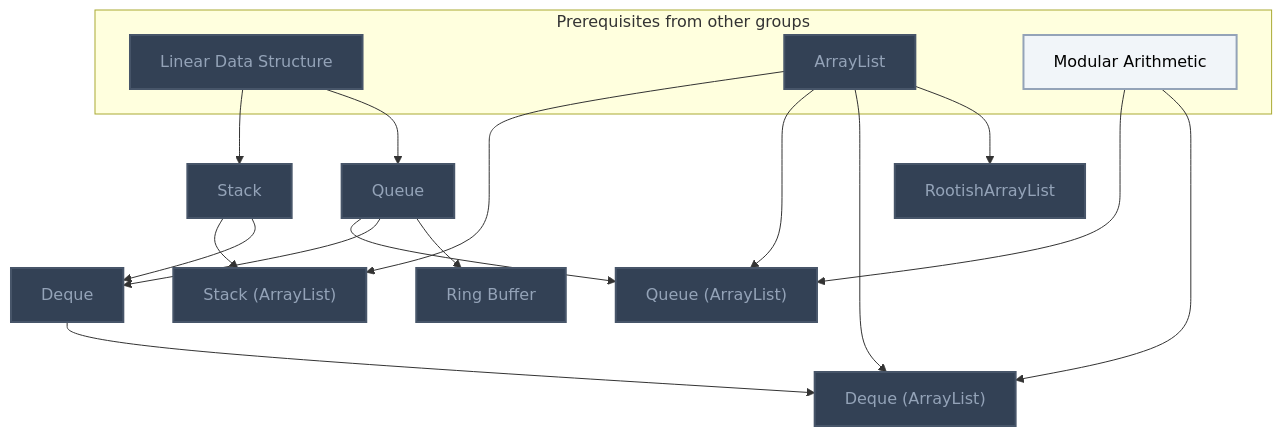
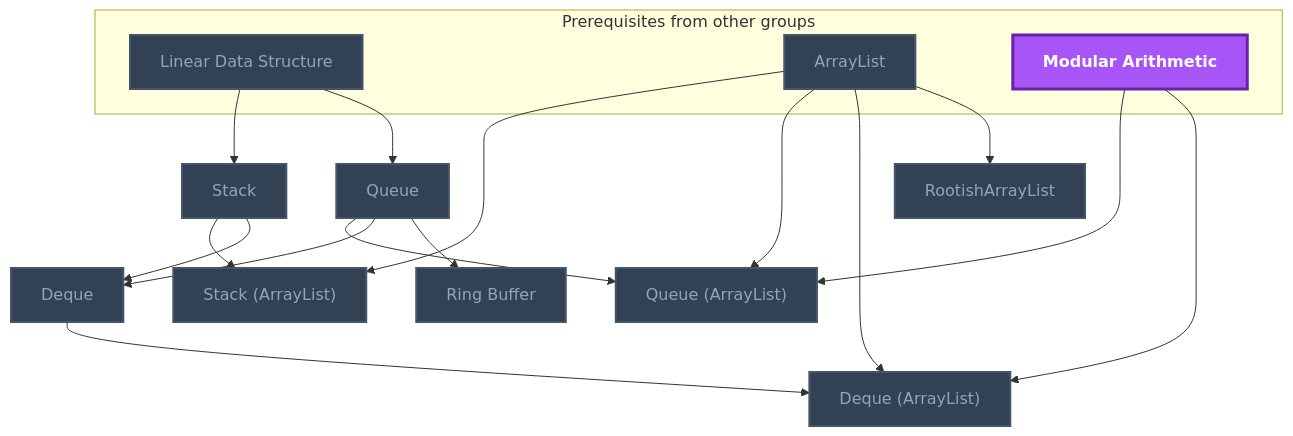
The fourth of 17 diagrams in Gamification/Skill Trees/Data Structures and Algorithms.md (MRauf1/My-Notes), drawn with Mermaid before and after one commit. The commit also changed other lines of this file and 145 other files, not shown here.

````diff
--- a/Gamification/Skill Trees/Data Structures and Algorithms.md
+++ b/Gamification/Skill Trees/Data Structures and Algorithms.md
@@ -125,42 +127,42 @@
 ```mermaid
 flowchart TD
     classDef planned fill:#1E293B,stroke:#64748B,stroke-width:2px,stroke-dasharray:5 5,color:#94A3B8;
     classDef locked fill:#334155,stroke:#475569,stroke-width:2px,color:#94A3B8;
     classDef L0 fill:#F1F5F9,stroke:#94A3B8,stroke-width:2px,color:#000000;
     classDef L1 fill:#22C55E,stroke:#15803D,stroke-width:2px,color:#000000;
     classDef L2 fill:#3B82F6,stroke:#1D4ED8,stroke-width:3px,color:#FFFFFF;
     classDef L3 fill:#A855F7,stroke:#6B21A8,stroke-width:3px,color:#FFFFFF,font-weight:bold;
     classDef L4 fill:#F97316,stroke:#C2410C,stroke-width:4px,color:#000000,font-weight:bold;
     classDef L5 fill:#FFD700,stroke:#FF8C00,stroke-width:5px,color:#000000,font-weight:bold;
     classDef rusty stroke:#8B4513,stroke-width:4px,stroke-dasharray:3 3;
     subgraph sg_prereqs["Prerequisites from other groups"]
         n_linear_data_structure["Linear Data Structure"]
         n_arraylist["ArrayList"]
         n_modular_arithmetic["Modular Arithmetic"]
     end
     n_stack["Stack"]
     n_stack_arraylist["Stack (ArrayList)"]
     n_queue["Queue"]
     n_queue_arraylist["Queue (ArrayList)"]
     n_deque["Deque"]
     n_deque_arraylist["Deque (ArrayList)"]
     n_rootisharraylist["RootishArrayList"]
     n_ring_buffer["Ring Buffer"]
     n_linear_data_structure --> n_stack
     n_arraylist --> n_stack_arraylist
     n_stack --> n_stack_arraylist
     n_linear_data_structure --> n_queue
     n_queue --> n_queue_arraylist
     n_arraylist --> n_queue_arraylist
     n_modular_arithmetic --> n_queue_arraylist
     n_stack --> n_deque
     n_queue --> n_deque
     n_deque --> n_deque_arraylist
     n_arraylist --> n_deque_arraylist
     n_modular_arithmetic --> n_deque_arraylist
     n_arraylist --> n_rootisharraylist
     n_queue --> n_ring_buffer
     class n_linear_data_structure,n_arraylist,n_stack,n_stack_arraylist,n_queue,n_queue_arraylist,n_deque,n_deque_arraylist,n_rootisharraylist,n_ring_buffer locked;
-    class n_modular_arithmetic L0;
+    class n_modular_arithmetic L3;
     class n_linear_data_structure,n_arraylist,n_modular_arithmetic,n_stack,n_stack_arraylist,n_queue,n_queue_arraylist,n_deque,n_deque_arraylist,n_rootisharraylist,n_ring_buffer internal-link;
 ```
````
